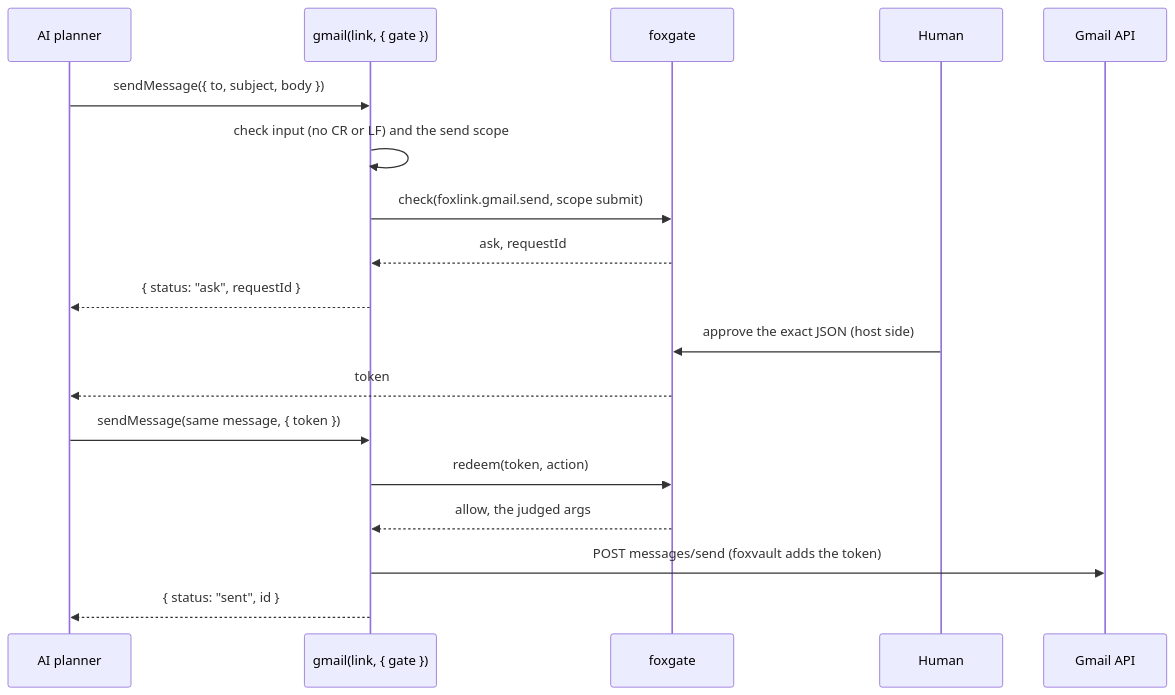
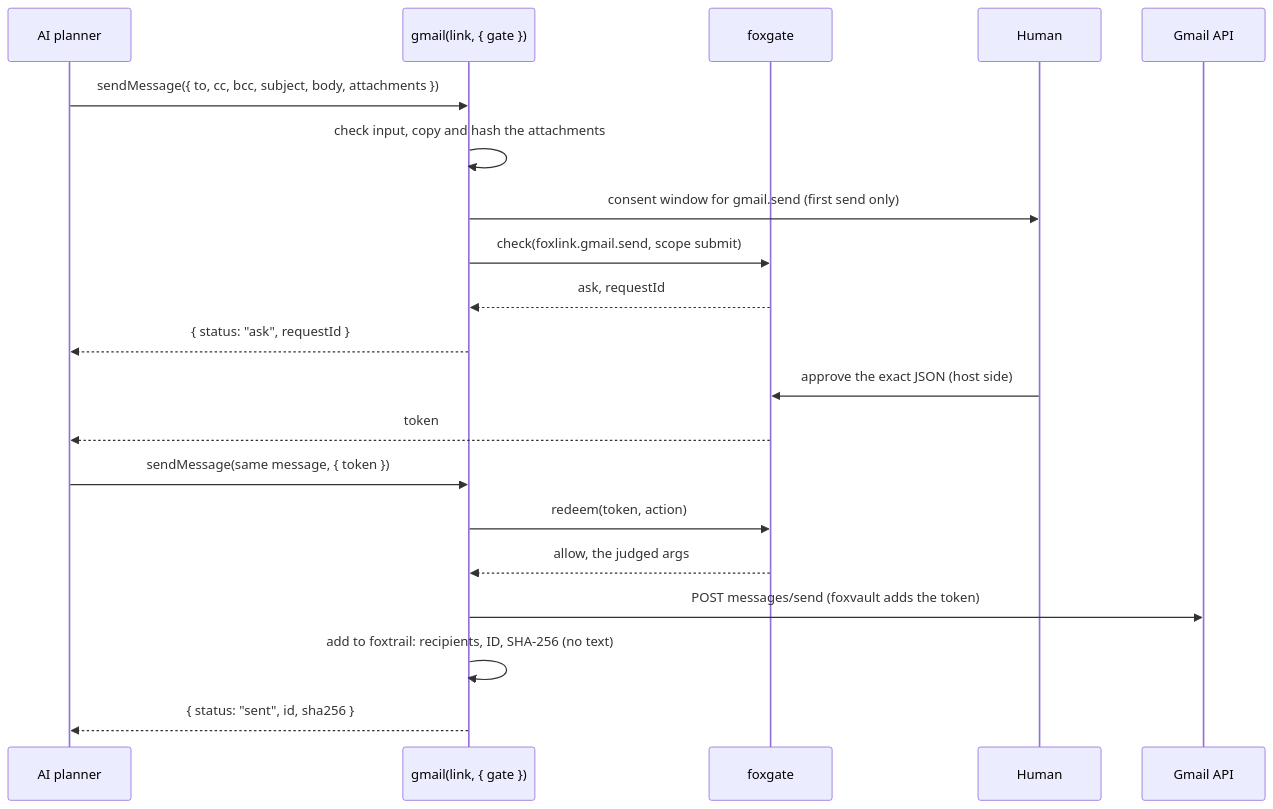
The second of 3 diagrams in README.md (pooriaarab/foxlink), drawn with Mermaid before and after one commit. The commit also changed other lines of this file and 17 other files, not shown here.

Commit message:
[FLK-54] Send email with cc, bcc, and attachments (#55)

````diff
--- a/README.md
+++ b/README.md
@@ -122,20 +124,22 @@
 ```mermaid
 sequenceDiagram
   participant P as AI planner
   participant M as gmail(link, { gate })
   participant G as foxgate
   participant U as Human
   participant API as Gmail API
-  P->>M: sendMessage({ to, subject, body })
-  M->>M: check input (no CR or LF) and the send scope
+  P->>M: sendMessage({ to, cc, bcc, subject, body, attachments })
+  M->>M: check input, copy and hash the attachments
+  M->>U: consent window for gmail.send (first send only)
   M->>G: check(foxlink.gmail.send, scope submit)
   G-->>M: ask, requestId
   M-->>P: { status: "ask", requestId }
   U->>G: approve the exact JSON (host side)
   G-->>P: token
   P->>M: sendMessage(same message, { token })
   M->>G: redeem(token, action)
   G-->>M: allow, the judged args
   M->>API: POST messages/send (foxvault adds the token)
-  M-->>P: { status: "sent", id }
+  M->>M: add to foxtrail: recipients, ID, SHA-256 (no text)
+  M-->>P: { status: "sent", id, sha256 }
 ```
````
